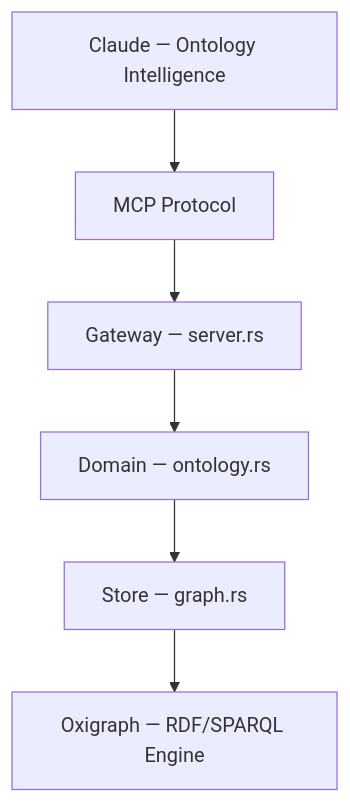
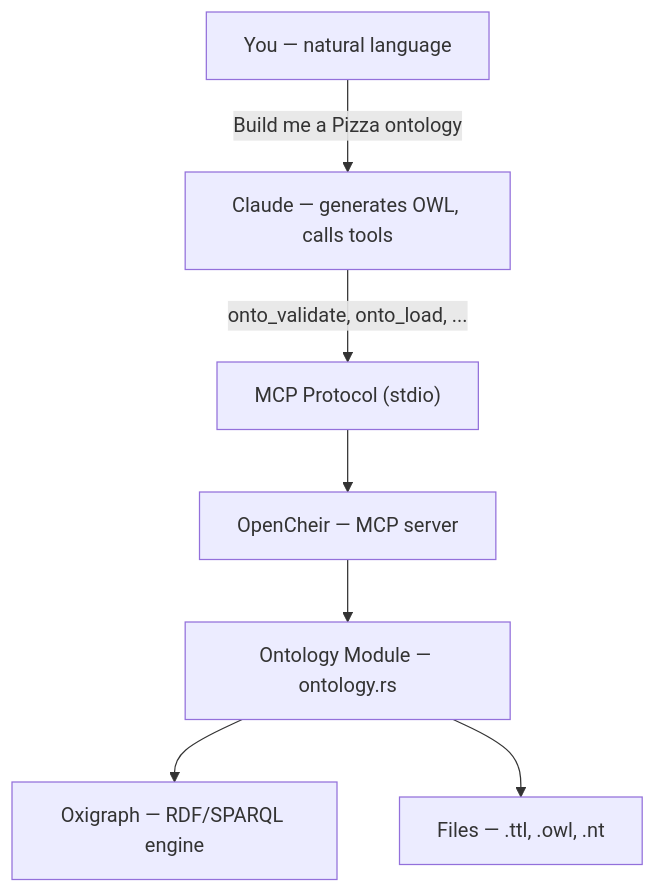
Before and after one commit to fabio-rovai/open-ontologies: the diagram in README.md, drawn with Mermaid. The commit also changed other lines of this file, not shown here.

First line of the commit message:
docs: explain what Open Ontologies is and how it works

````diff
--- a/README.md
+++ b/README.md
@@ -7,15 +32,17 @@
 ```mermaid
 flowchart TD
-    Claude["Claude — Ontology Intelligence"]
-    MCP["MCP Protocol"]
-    Gateway["Gateway — server.rs"]
-    Domain["Domain — ontology.rs"]
-    Store["Store — graph.rs"]
-    Oxigraph["Oxigraph — RDF/SPARQL Engine"]
+    You["You — natural language"]
+    Claude["Claude — generates OWL, calls tools"]
+    MCP["MCP Protocol (stdio)"]
+    OpenCheir["OpenCheir — MCP server"]
+    Ontology["Ontology Module — ontology.rs"]
+    Oxigraph["Oxigraph — RDF/SPARQL engine"]
+    Files["Files — .ttl, .owl, .nt"]
 
-    Claude --> MCP
-    MCP --> Gateway
-    Gateway --> Domain
-    Domain --> Store
-    Store --> Oxigraph
+    You -->|"Build me a Pizza ontology"| Claude
+    Claude -->|"onto_validate, onto_load, ..."| MCP
+    MCP --> OpenCheir
+    OpenCheir --> Ontology
+    Ontology --> Oxigraph
+    Ontology --> Files
 ```
````
